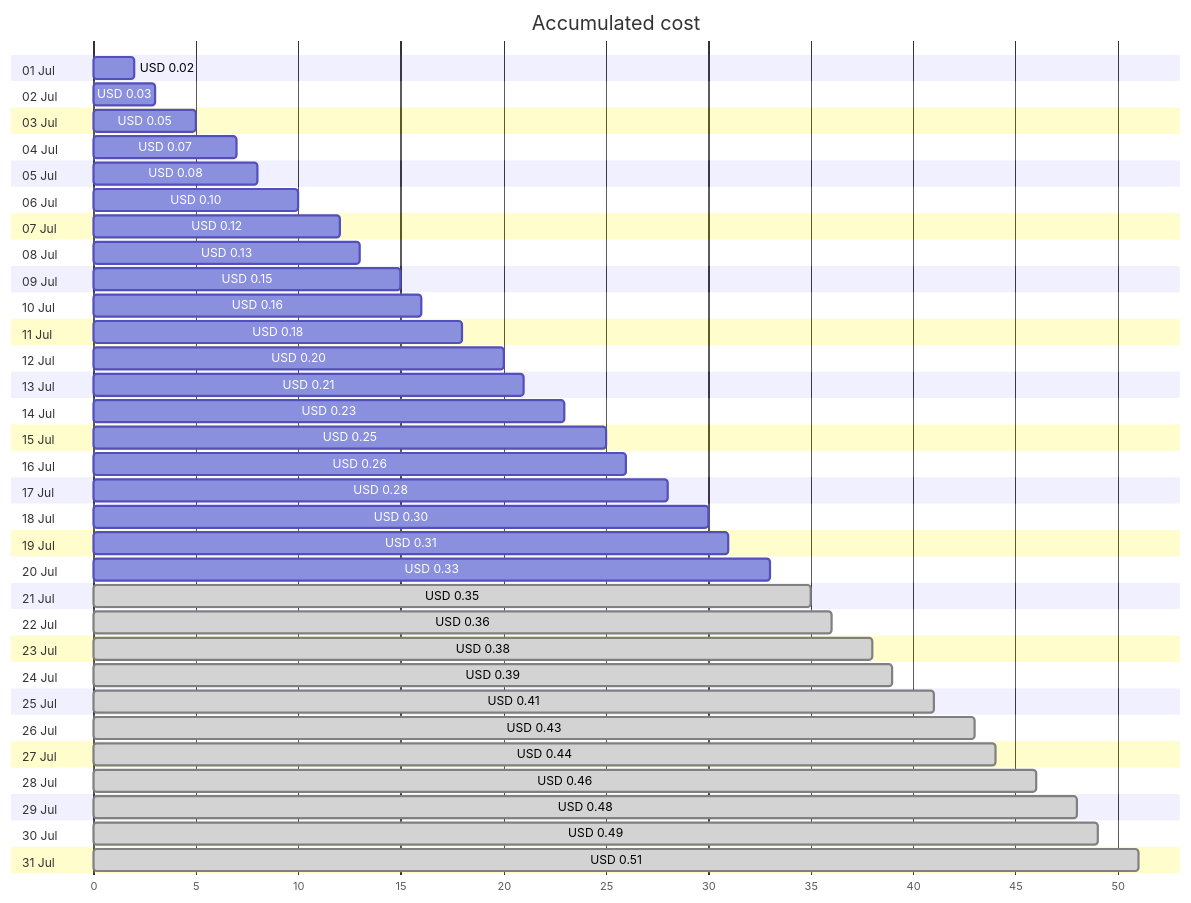
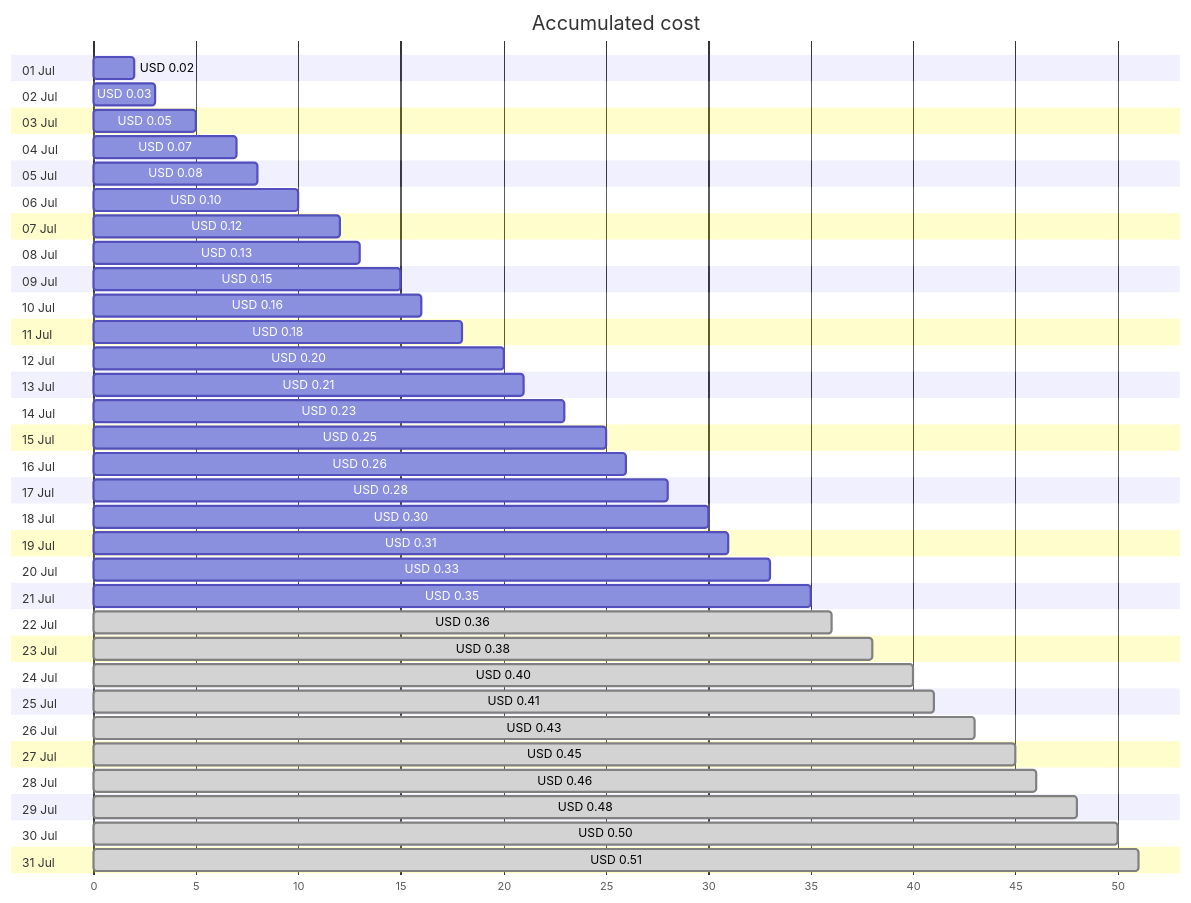
One commit to jpfulton/azure-personal-reports changed the first of 4 diagrams in cost-reports/personal-dns/jpatrickfulton.com.md. Above: the diagram before and after it, drawn with Mermaid. The commit also changed other lines of this file and 2 other files, not shown here.

````diff
--- a/cost-reports/personal-dns/jpatrickfulton.com.md
+++ b/cost-reports/personal-dns/jpatrickfulton.com.md
@@ -20,68 +20,68 @@
 ```mermaid
 gantt
    title Accumulated cost
    dateFormat  X
    axisFormat %s
    section 01 Jul
    USD 0.02 :0, 2
    section 02 Jul
    USD 0.03 :0, 3
    section 03 Jul
    USD 0.05 :0, 5
    section 04 Jul
    USD 0.07 :0, 7
    section 05 Jul
    USD 0.08 :0, 8
    section 06 Jul
    USD 0.10 :0, 10
    section 07 Jul
    USD 0.12 :0, 12
    section 08 Jul
    USD 0.13 :0, 13
    section 09 Jul
    USD 0.15 :0, 15
    section 10 Jul
    USD 0.16 :0, 16
    section 11 Jul
    USD 0.18 :0, 18
    section 12 Jul
    USD 0.20 :0, 20
    section 13 Jul
    USD 0.21 :0, 21
    section 14 Jul
    USD 0.23 :0, 23
    section 15 Jul
    USD 0.25 :0, 25
    section 16 Jul
    USD 0.26 :0, 26
    section 17 Jul
    USD 0.28 :0, 28
    section 18 Jul
    USD 0.30 :0, 30
    section 19 Jul
    USD 0.31 :0, 31
    section 20 Jul
    USD 0.33 :0, 33
    section 21 Jul
-   USD 0.35 : done, 0, 35
+   USD 0.35 :0, 35
    section 22 Jul
    USD 0.36 : done, 0, 36
    section 23 Jul
    USD 0.38 : done, 0, 38
    section 24 Jul
-   USD 0.39 : done, 0, 39
+   USD 0.40 : done, 0, 40
    section 25 Jul
    USD 0.41 : done, 0, 41
    section 26 Jul
    USD 0.43 : done, 0, 43
    section 27 Jul
-   USD 0.44 : done, 0, 44
+   USD 0.45 : done, 0, 45
    section 28 Jul
    USD 0.46 : done, 0, 46
    section 29 Jul
    USD 0.48 : done, 0, 48
    section 30 Jul
-   USD 0.49 : done, 0, 49
+   USD 0.50 : done, 0, 50
    section 31 Jul
    USD 0.51 : done, 0, 51
 ```
````
